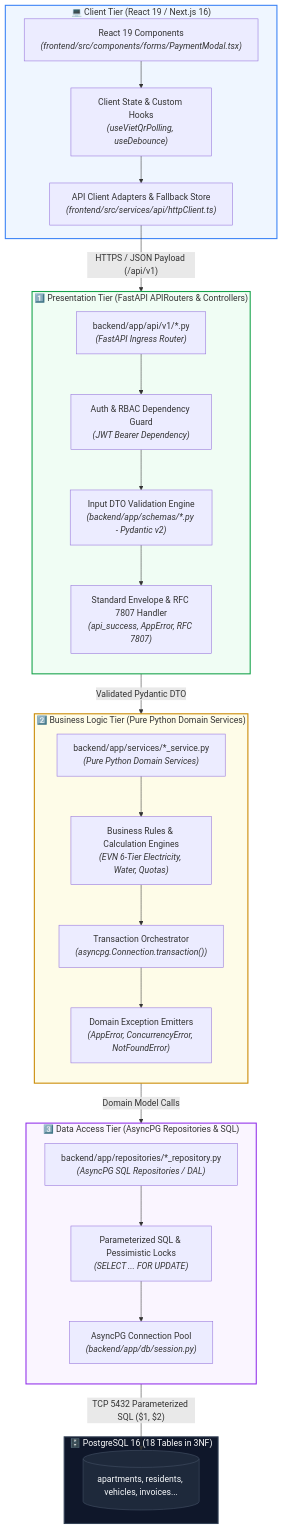
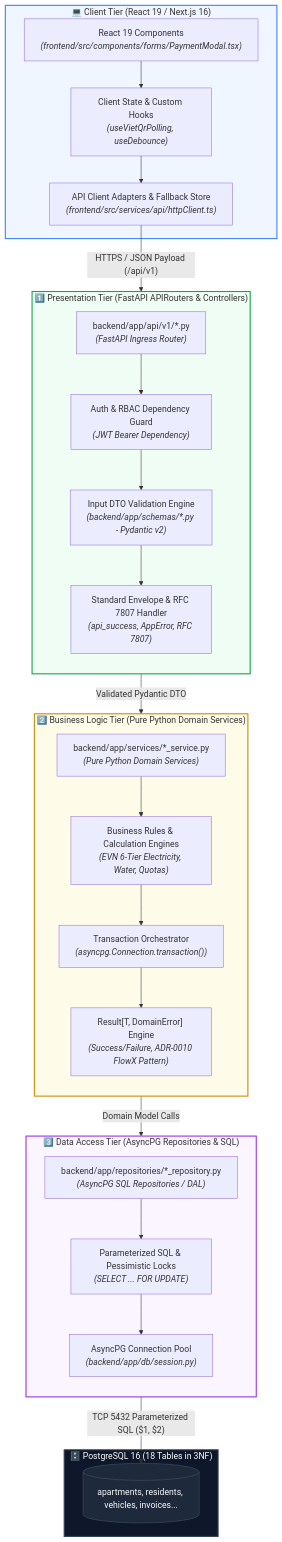
Before and after one commit to QuanAnh280605/NguyenAnhQuan-Household-Management: the diagram in docs/07-FOLDER_STRUCTURE_AND_3TIER_ARCHITECTURE.md, drawn with Mermaid. The commit also changed 23 other files, not shown here.

First line of the commit message:
feat: implement Result Pattern over exceptions across domain services and controllers (FlowX ADR-0007 / ADR-0010)

````diff
--- a/docs/07-FOLDER_STRUCTURE_AND_3TIER_ARCHITECTURE.md
+++ b/docs/07-FOLDER_STRUCTURE_AND_3TIER_ARCHITECTURE.md
@@ -37,51 +37,51 @@
 ```mermaid
 flowchart TB
     subgraph Client["💻 Client Tier (React 19 / Next.js 16)"]
         UI["React 19 Components<br/><i>(frontend/src/components/forms/PaymentModal.tsx)</i>"]
         State["Client State & Custom Hooks<br/><i>(useVietQrPolling, useDebounce)</i>"]
         ApiClient["API Client Adapters & Fallback Store<br/><i>(frontend/src/services/api/httpClient.ts)</i>"]
         UI --> State --> ApiClient
     end
 
     subgraph Tier1["1️⃣ Presentation Tier (FastAPI APIRouters & Controllers)"]
         direction TB
         Route["backend/app/api/v1/*.py<br/><i>(FastAPI Ingress Router)</i>"]
         AuthMiddleware["Auth & RBAC Dependency Guard<br/><i>(JWT Bearer Dependency)</i>"]
         PydanticValidator["Input DTO Validation Engine<br/><i>(backend/app/schemas/*.py - Pydantic v2)</i>"]
         Envelope["Standard Envelope & RFC 7807 Handler<br/><i>(api_success, AppError, RFC 7807)</i>"]
         Route --> AuthMiddleware --> PydanticValidator --> Envelope
     end
 
     subgraph Tier2["2️⃣ Business Logic Tier (Pure Python Domain Services)"]
         direction TB
         Service["backend/app/services/*_service.py<br/><i>(Pure Python Domain Services)</i>"]
         BizRules["Business Rules & Calculation Engines<br/><i>(EVN 6-Tier Electricity, Water, Quotas)</i>"]
         TxOrchestrator["Transaction Orchestrator<br/><i>(asyncpg.Connection.transaction())</i>"]
-        DomainErrors["Domain Exception Emitters<br/><i>(AppError, ConcurrencyError, NotFoundError)</i>"]
+        DomainErrors["Result[T, DomainError] Engine<br/><i>(Success/Failure, ADR-0010 FlowX Pattern)</i>"]
         Service --> BizRules --> TxOrchestrator --> DomainErrors
     end
 
     subgraph Tier3["3️⃣ Data Access Tier (AsyncPG Repositories & SQL)"]
         direction TB
         Repo["backend/app/repositories/*_repository.py<br/><i>(AsyncPG SQL Repositories / DAL)</i>"]
         SqlEngine["Parameterized SQL & Pessimistic Locks<br/><i>(SELECT ... FOR UPDATE)</i>"]
         DbPool["AsyncPG Connection Pool<br/><i>(backend/app/db/session.py)</i>"]
         Repo --> SqlEngine --> DbPool
     end
 
     subgraph Database["🗄️ PostgreSQL 16 (18 Tables in 3NF)"]
         Tables[("apartments, residents, vehicles, invoices...")]
     end
 
     ApiClient -- "HTTPS / JSON Payload (/api/v1)" --> Route
     PydanticValidator -- "Validated Pydantic DTO" --> Service
     TxOrchestrator -- "Domain Model Calls" --> Repo
     DbPool -- "TCP 5432 Parameterized SQL ($1, $2)" --> Tables
 
     style Client fill:#eff6ff,stroke:#3b82f6,stroke-width:2px
     style Tier1 fill:#f0fdf4,stroke:#16a34a,stroke-width:2px
     style Tier2 fill:#fefce8,stroke:#ca8a04,stroke-width:2px
     style Tier3 fill:#faf5ff,stroke:#9333ea,stroke-width:2px
     style Database fill:#0f172a,stroke:#334155,stroke-width:2px,color:#fff
     style Tables fill:#1e293b,stroke:#475569,stroke-width:1px,color:#f8fafc
 ```
````
